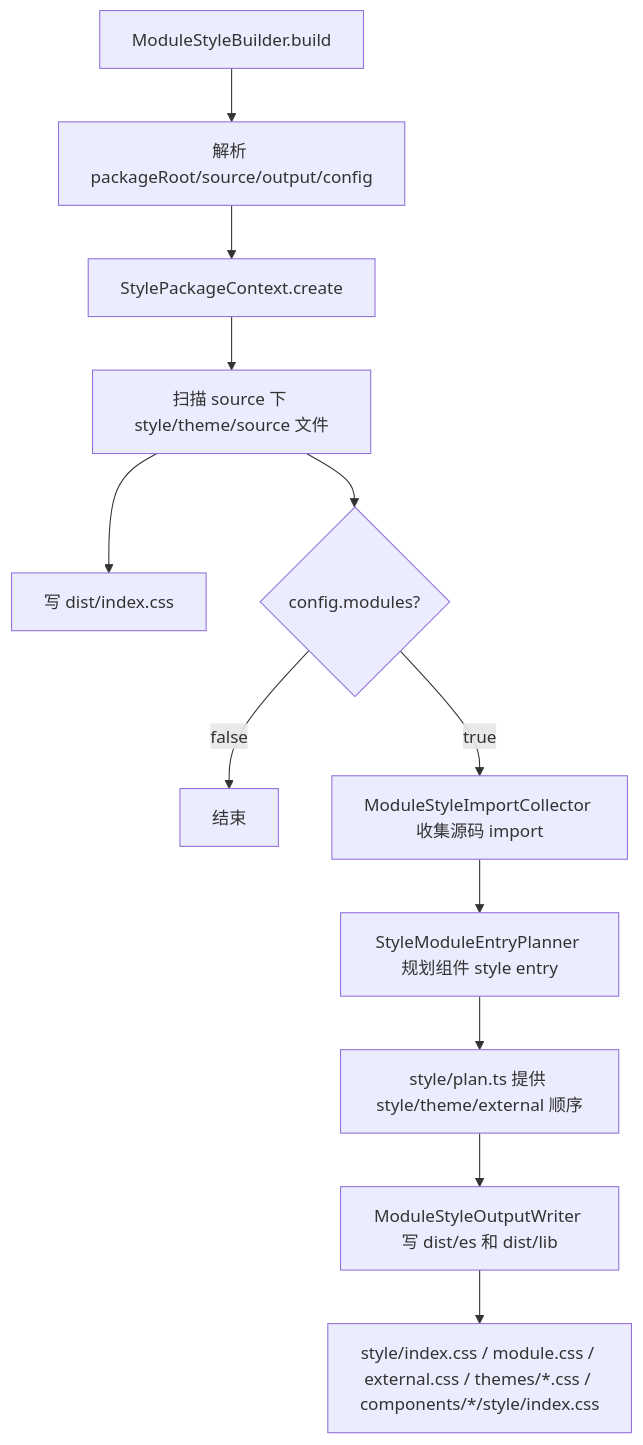
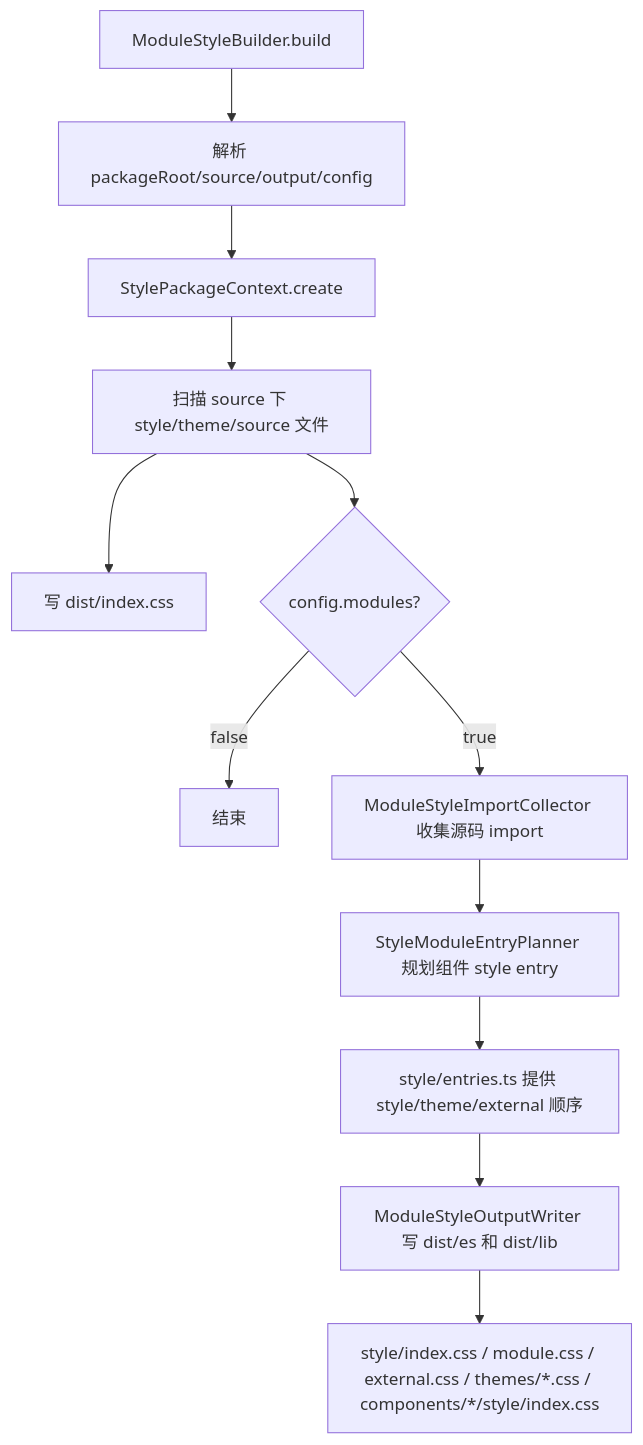
The third of 4 diagrams in CONTRIBUTING.md (imtaotao/auklet), drawn with Mermaid before and after one commit. The commit also changed other lines of this file and 9 other files, not shown here.

Commit message:
Share style entry graph between build and dev

````diff
--- a/CONTRIBUTING.md
+++ b/CONTRIBUTING.md
@@ -222,14 +222,14 @@
 ```mermaid
 flowchart TD
   Start["ModuleStyleBuilder.build"] --> ResolveContext["解析 packageRoot/source/output/config"]
   ResolveContext --> PackageContext["StylePackageContext.create"]
   PackageContext --> Scan["扫描 source 下 style/theme/source 文件"]
   Scan --> PackageStyle["写 dist/index.css"]
   Scan --> Modules{"config.modules?"}
   Modules -->|false| Done["结束"]
   Modules -->|true| ModuleImports["ModuleStyleImportCollector 收集源码 import"]
   ModuleImports --> EntryPlan["StyleModuleEntryPlanner 规划组件 style entry"]
-  EntryPlan --> SharedPlan["style/plan.ts 提供 style/theme/external 顺序"]
-  SharedPlan --> Writer["ModuleStyleOutputWriter 写 dist/es 和 dist/lib"]
+  EntryPlan --> SharedGraph["style/entries.ts 提供 style/theme/external 顺序"]
+  SharedGraph --> Writer["ModuleStyleOutputWriter 写 dist/es 和 dist/lib"]
   Writer --> Outputs["style/index.css / module.css / external.css / themes/*.css / components/*/style/index.css"]
 ```
````
